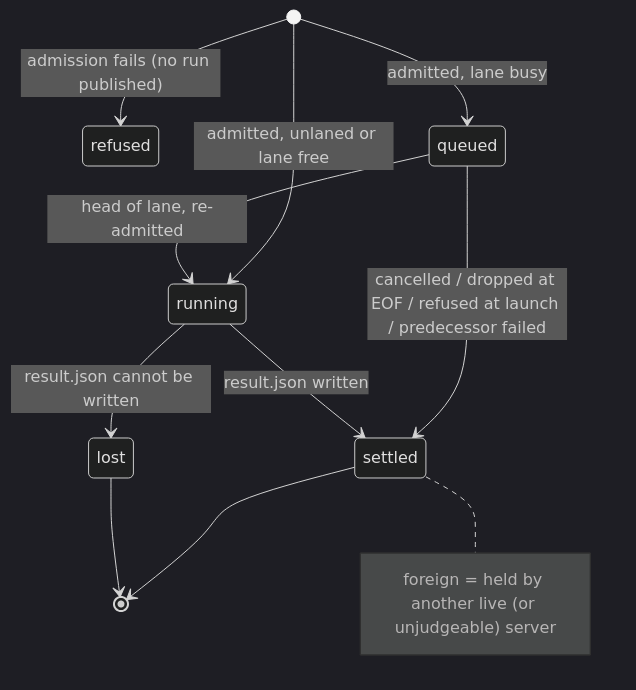
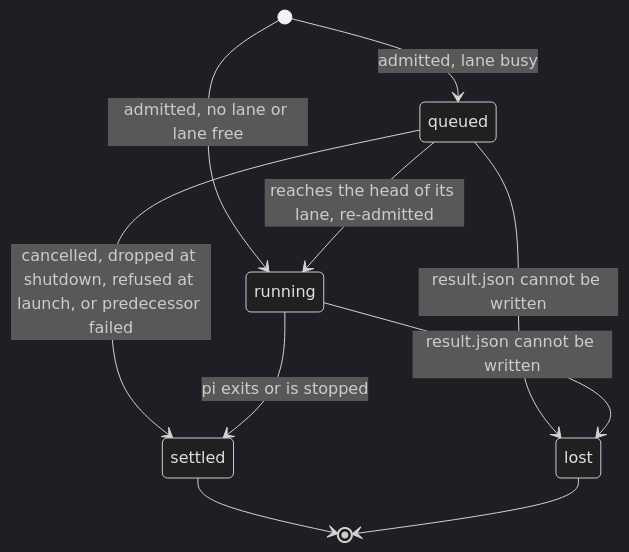
One commit to davidlee/quotient changed the diagram in .doctrine/spec/tech/002/spec-002.md. Above: the diagram before and after it, drawn with Mermaid (dark theme). The commit also changed other lines of this file and 49 other files, not shown here.

````diff
--- a/.doctrine/spec/tech/002/spec-002.md
+++ b/.doctrine/spec/tech/002/spec-002.md
@@ -84,13 +104,12 @@
 ```mermaid
 stateDiagram-v2
-  [*] --> refused: admission fails (no run published)
   [*] --> queued: admitted, lane busy
-  [*] --> running: admitted, unlaned or lane free
-  queued --> running: head of lane, re-admitted
-  queued --> settled: cancelled / dropped at EOF / refused at launch / predecessor failed
-  running --> settled: result.json written
+  [*] --> running: admitted, no lane or lane free
+  queued --> running: reaches the head of its lane, re-admitted
+  queued --> settled: cancelled, dropped at shutdown, refused at launch, or predecessor failed
+  running --> settled: pi exits or is stopped
+  queued --> lost: result.json cannot be written
   running --> lost: result.json cannot be written
   settled --> [*]
   lost --> [*]
-  note right of settled: foreign = held by another live (or unjudgeable) server
 ```
````
